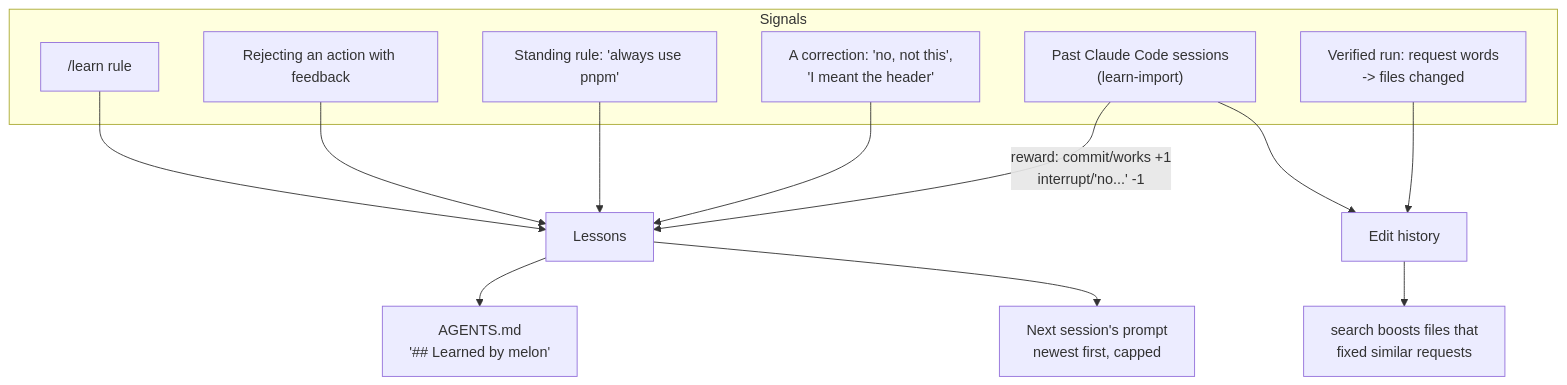
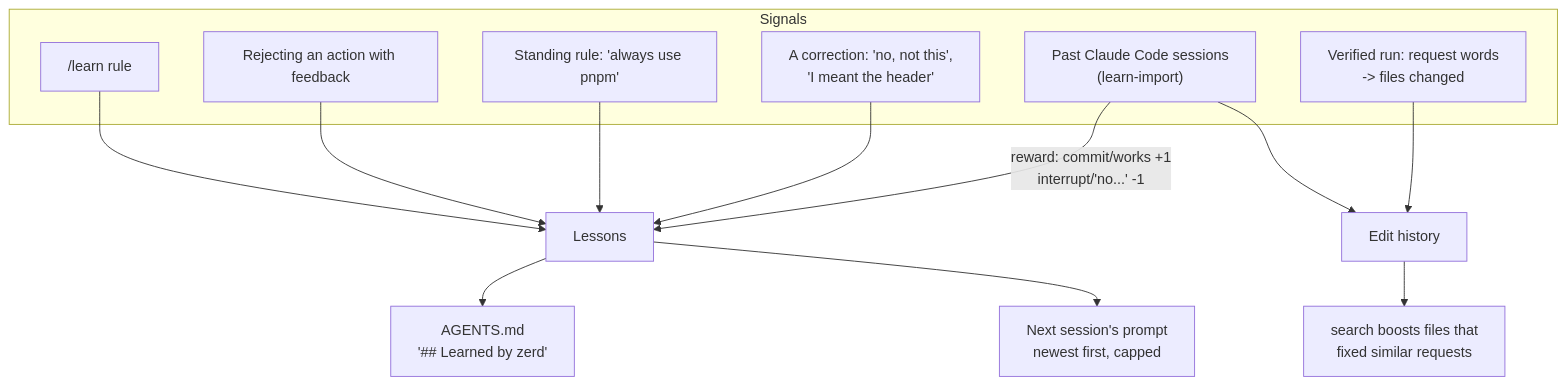
Before and after one commit to Adityaadpandey/melon-harness: the tenth of 11 diagrams in README.md, drawn with Mermaid. The commit also changed other lines of this file and 7 other files, not shown here.

````diff
--- a/README.md
+++ b/README.md
@@ -758,18 +758,18 @@
 ```mermaid
 flowchart TB
     subgraph IN["Signals"]
         S1["/learn rule"]
         S2["Rejecting an action with feedback"]
         S3["Standing rule: 'always use pnpm'"]
         S4["A correction: 'no, not this',<br/>'I meant the header'"]
         S5["Verified run: request words<br/>-> files changed"]
         S6["Past Claude Code sessions<br/>(learn-import)"]
     end
     S1 & S2 & S3 & S4 --> LES["Lessons"]
     S6 -->|"reward: commit/works +1<br/>interrupt/'no...' -1"| LES
     S6 --> EH
     S5 --> EH["Edit history"]
-    LES --> AG["AGENTS.md<br/>'## Learned by melon'"]
+    LES --> AG["AGENTS.md<br/>'## Learned by zerd'"]
     LES --> PROMPT["Next session's prompt<br/>newest first, capped"]
     EH --> SEARCH["search boosts files that<br/>fixed similar requests"]
 ```
````
